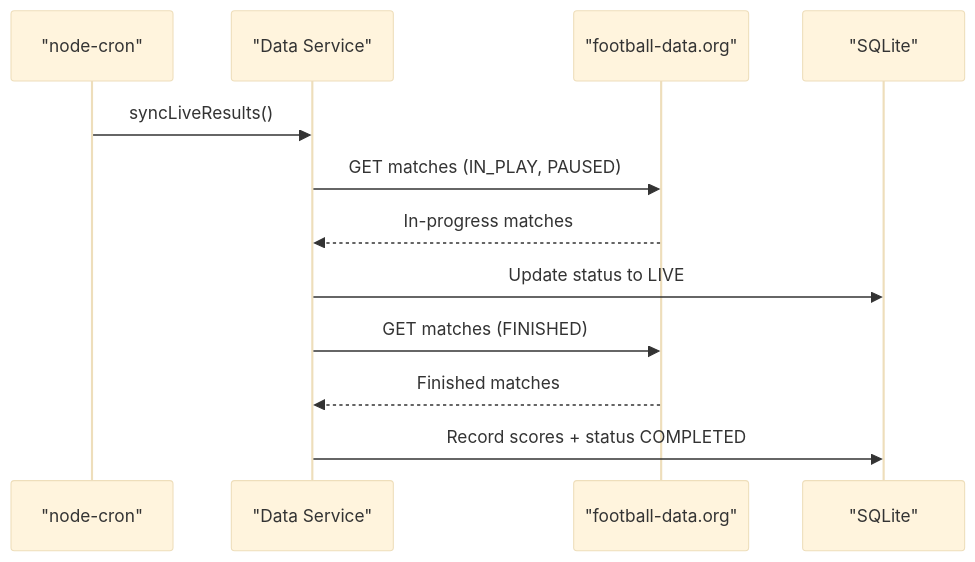
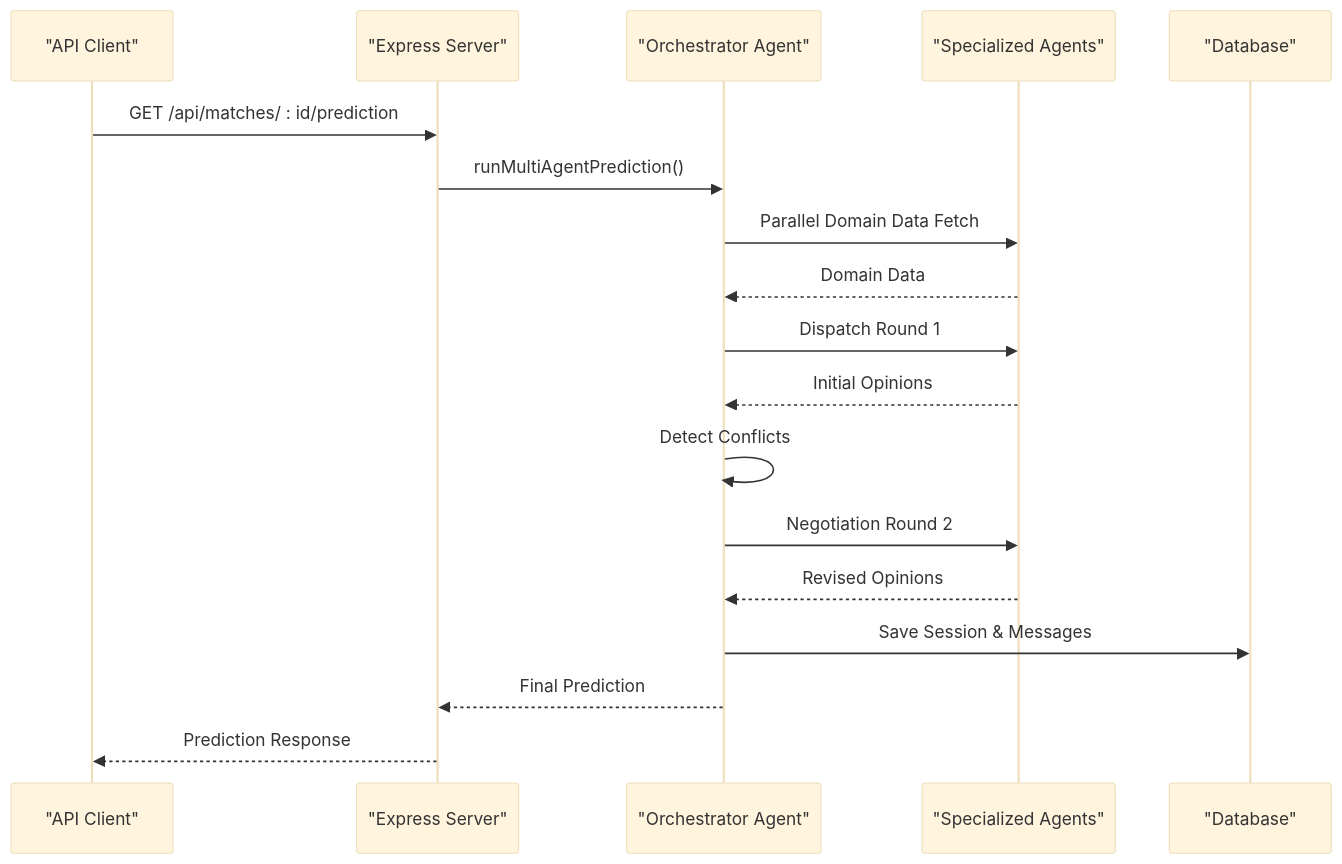
One commit to cheesiong/WC26-qwen changed the fourth of 10 diagrams in .qoder/repowiki/en/content/System Architecture/Backend Architecture.md. Above: the diagram before and after it, drawn with Mermaid (base theme). The commit also changed other lines of this file and 181 other files, not shown here.

````diff
--- a/.qoder/repowiki/en/content/System Architecture/Backend Architecture.md
+++ b/.qoder/repowiki/en/content/System Architecture/Backend Architecture.md
@@ -286,14 +209,20 @@
 ```mermaid
 sequenceDiagram
-participant Cron as "node-cron"
-participant DS as "Data Service"
-participant API as "football-data.org"
-participant DB as "SQLite"
-Cron->>DS : syncLiveResults()
-DS->>API : GET matches (IN_PLAY, PAUSED)
-API-->>DS : In-progress matches
-DS->>DB : Update status to LIVE
-DS->>API : GET matches (FINISHED)
-API-->>DS : Finished matches
-DS->>DB : Record scores + status COMPLETED
+participant Client as "API Client"
+participant Server as "Express Server"
+participant Orchestrator as "Orchestrator Agent"
+participant Agents as "Specialized Agents"
+participant DB as "Database"
+Client->>Server : GET /api/matches/ : id/prediction
+Server->>Orchestrator : runMultiAgentPrediction()
+Orchestrator->>Agents : Parallel Domain Data Fetch
+Agents-->>Orchestrator : Domain Data
+Orchestrator->>Agents : Dispatch Round 1
+Agents-->>Orchestrator : Initial Opinions
+Orchestrator->>Orchestrator : Detect Conflicts
+Orchestrator->>Agents : Negotiation Round 2
+Agents-->>Orchestrator : Revised Opinions
+Orchestrator->>DB : Save Session & Messages
+Orchestrator-->>Server : Final Prediction
+Server-->>Client : Prediction Response
 ```
````
